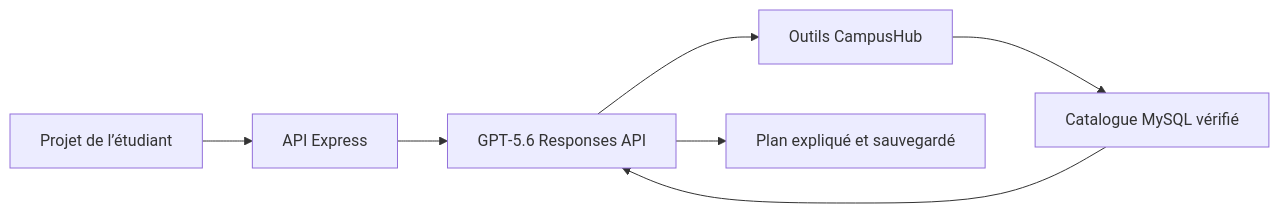
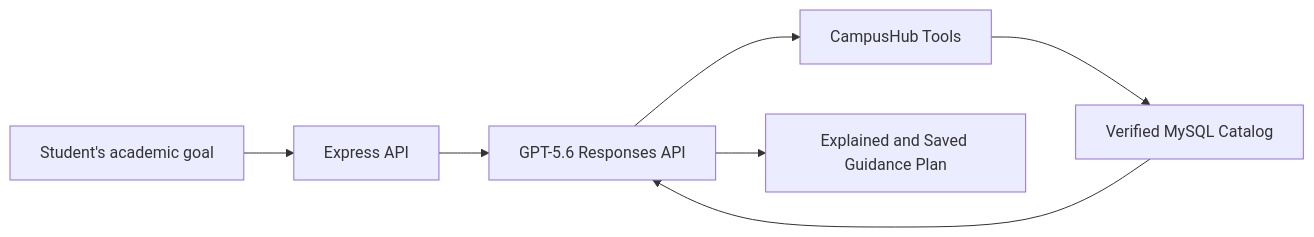
The diagram in README.md (Sagelusenge/CampusHub), drawn with Mermaid before and after one commit. The commit also changed other lines of this file, not shown here.

````diff
--- a/README.md
+++ b/README.md
@@ -18,9 +38,9 @@
 ```mermaid
 flowchart LR
-  E["Projet de l’étudiant"] --> API["API Express"]
-  API --> GPT["GPT‑5.6 Responses API"]
-  GPT --> OUTILS["Outils CampusHub"]
-  OUTILS --> DB["Catalogue MySQL vérifié"]
+  E["Student's academic goal"] --> API["Express API"]
+  API --> GPT["GPT-5.6 Responses API"]
+  GPT --> TOOLS["CampusHub Tools"]
+  TOOLS --> DB["Verified MySQL Catalog"]
   DB --> GPT
-  GPT --> D["Plan expliqué et sauvegardé"]
+  GPT --> D["Explained and Saved Guidance Plan"]
 ```
````
